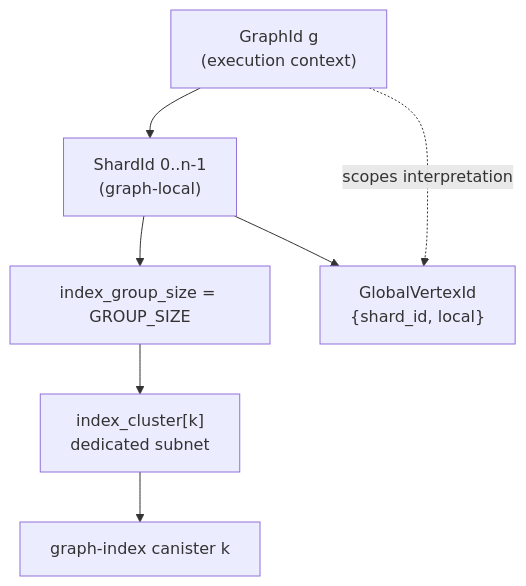
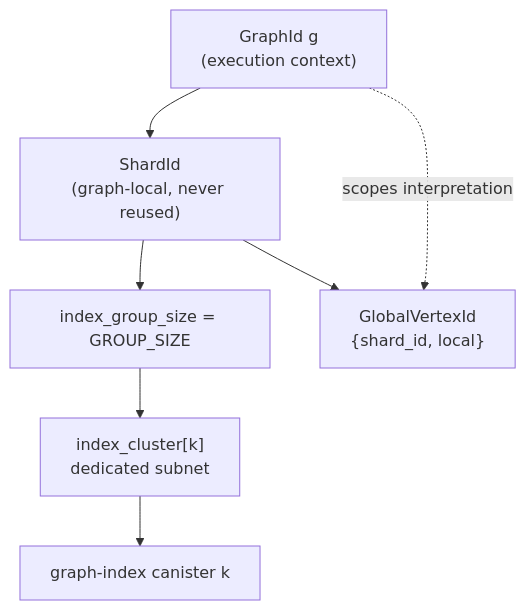
Before and after one commit to perforate-org/gleaph: the diagram in design/adr/0019-graph-local-shard-id-and-index-clusters.md, drawn with Mermaid. The commit also changed other lines of this file and 11 other files, not shown here.

````diff
--- a/design/adr/0019-graph-local-shard-id-and-index-clusters.md
+++ b/design/adr/0019-graph-local-shard-id-and-index-clusters.md
@@ -323,16 +328,16 @@
 ```mermaid
 flowchart TB
     G["GraphId g<br/>(execution context)"]
-    S["ShardId 0..n-1<br/>(graph-local)"]
+    S["ShardId<br/>(graph-local, never reused)"]
     IG["index_group_size = GROUP_SIZE"]
     IC["index_cluster[k]<br/>dedicated subnet"]
     IX["graph-index canister k"]
     GV["GlobalVertexId<br/>{shard_id, local}"]
 
     G --> S
     S --> IG
     IG --> IC
     IC --> IX
     G -.->|"scopes interpretation"| GV
     S --> GV
 ```
````
